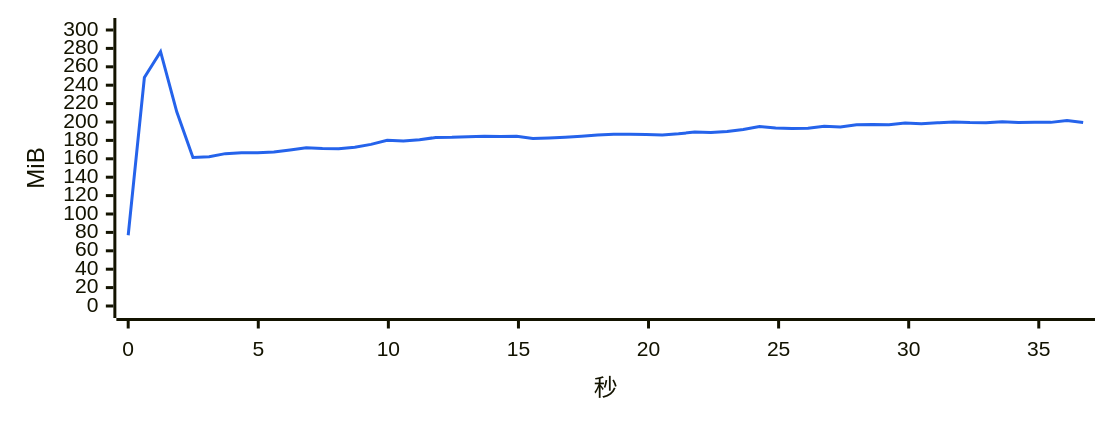
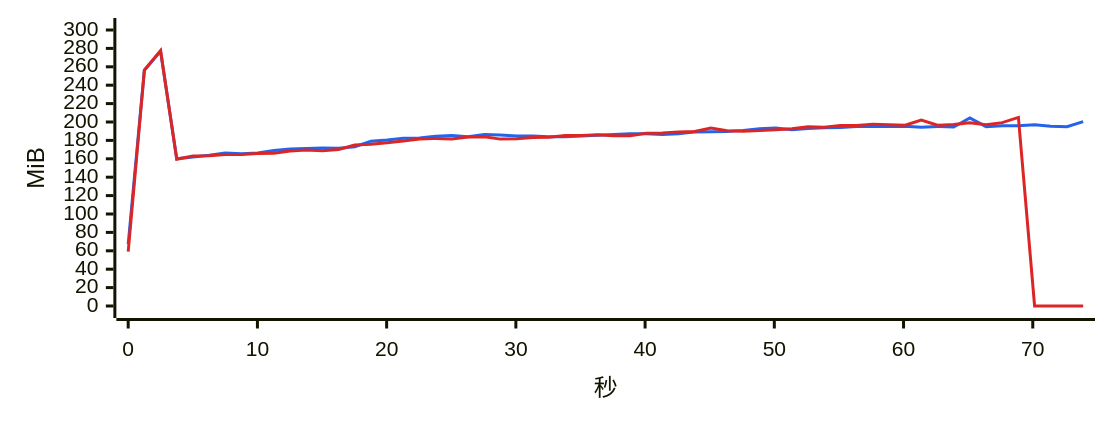
One commit to 334456777/WeFlow changed the first of 17 diagrams in bench/v4.0.0/summary.md. Above: the diagram before and after it, drawn with Mermaid. The commit also changed other lines of this file and 3 other files, not shown here.

````diff
--- a/bench/v4.0.0/summary.md
+++ b/bench/v4.0.0/summary.md
@@ -289,7 +287,8 @@
 ```mermaid
-%%{init: {"xyChart": {"width": 720, "height": 260}, "themeVariables": {"xyChart": {"plotColorPalette": "#2563eb"}}}}%%
+%%{init: {"xyChart": {"width": 720, "height": 260}, "themeVariables": {"xyChart": {"plotColorPalette": "#2563eb, #dc2626"}}}}%%
 xychart-beta
-    x-axis "秒" 0 --> 36.706
+    x-axis "秒" 0 --> 73.9
     y-axis "MiB" 0 --> 300
-    line [76.9, 248.4, 276.5, 211.1, 161.4, 162.3, 165.6, 166.7, 166.7, 167.3, 169.6, 172.1, 171.3, 170.9, 172.5, 175.7, 180.1, 179.4, 180.6, 183.2, 183.3, 184.1, 184.6, 184.3, 184.6, 182.1, 182.7, 183.5, 184.6, 185.9, 186.7, 186.7, 186.5, 186.0, 187.2, 189.0, 188.6, 189.6, 191.8, 195.2, 193.4, 192.8, 193.2, 195.3, 194.5, 196.9, 197.2, 197.1, 198.8, 198.2, 199.1, 200.1, 199.4, 199.1, 200.2, 199.5, 199.6, 199.6, 201.7, 199.4]
+    line [67.3, 256.3, 276.9, 159.9, 162.0, 163.8, 166.2, 165.5, 166.4, 169.1, 170.7, 171.2, 171.8, 171.6, 173.1, 179.2, 180.5, 182.3, 182.7, 184.6, 185.2, 184.0, 186.3, 185.9, 184.9, 184.9, 184.0, 183.9, 184.7, 185.7, 186.5, 187.1, 187.1, 186.5, 187.3, 189.2, 189.4, 189.8, 190.9, 192.8, 193.4, 191.7, 193.0, 193.7, 193.9, 195.2, 195.0, 195.0, 195.5, 194.2, 195.1, 194.6, 204.4, 194.9, 195.9, 196.0, 196.9, 195.3, 194.8, 200.4]
+    line [59.1, 256.4, 277.6, 159.6, 163.0, 163.4, 164.7, 164.7, 165.8, 166.1, 168.5, 169.6, 168.7, 170.1, 175.0, 175.7, 177.5, 179.3, 181.6, 182.1, 181.6, 183.8, 184.0, 181.4, 181.9, 183.1, 183.3, 185.3, 185.4, 186.2, 185.1, 185.1, 187.7, 188.1, 189.0, 189.8, 193.4, 190.4, 190.0, 190.8, 191.5, 192.7, 194.7, 194.2, 196.2, 196.3, 197.5, 196.9, 196.6, 202.0, 196.5, 197.4, 199.3, 197.0, 199.3, 205.0, 0.0, 0.0, 0.0, 0.0]
 ```
````
